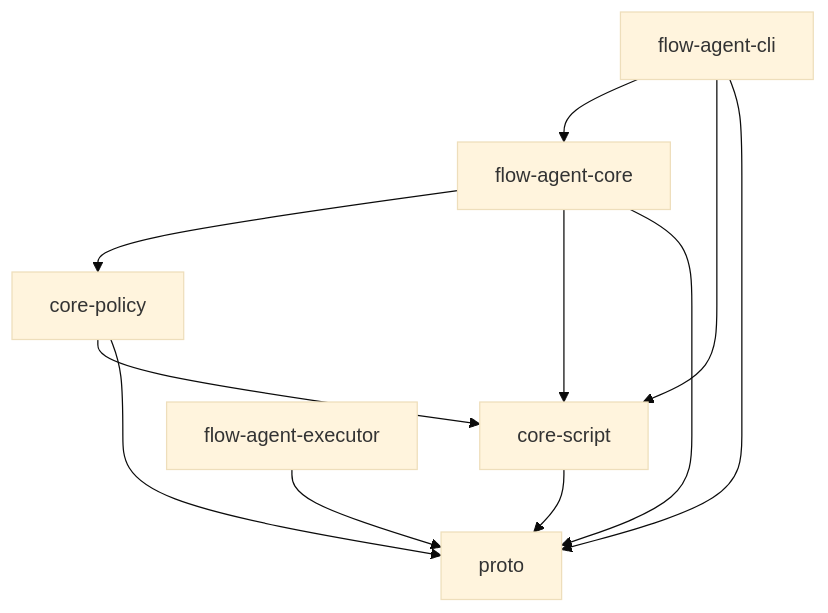
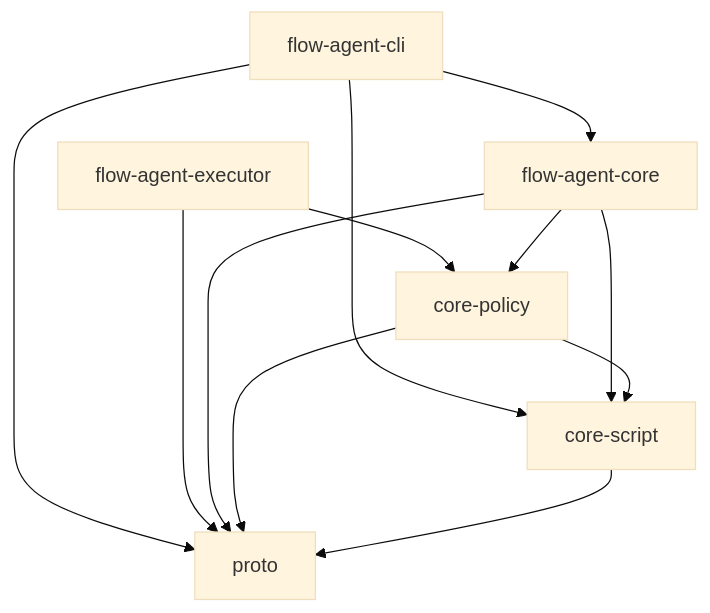
One commit to Open-Equilibrium/watershed changed the first of 3 diagrams in docs/architecture.md. Above: the diagram before and after it, drawn with Mermaid (base theme).

Commit message:
docs: complete workspace dependency graph

````diff
--- a/docs/architecture.md
+++ b/docs/architecture.md
@@ -9,13 +9,14 @@
 ```mermaid
 flowchart TD
   C[flow-agent-cli] --> F[flow-agent-core]
   C --> S[core-script]
   C --> R[proto]
+  E[flow-agent-executor] --> P[core-policy]
   E[flow-agent-executor] --> R
   F --> P[core-policy]
   F --> S
   F --> R
   P --> S
   P --> R
   S --> R
 ```
````
